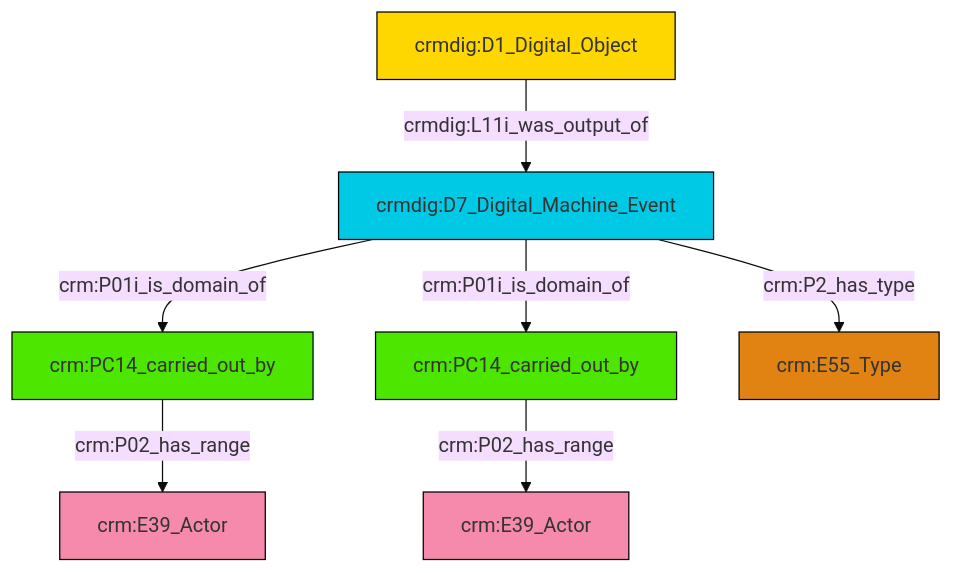
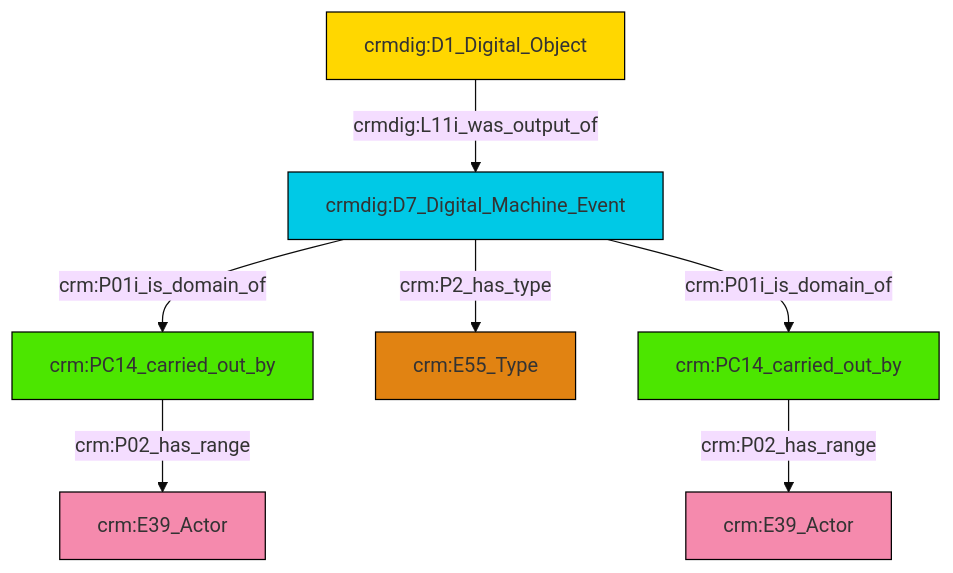
The diagram in et/doCSV/ttl/mmd/do_actor_relations.ttl.mmd (swiss-art-research-net/reference-data-models), drawn with Mermaid (base theme) before and after one commit. The commit also changed 154 other files, not shown here.

```diff
--- a/et/doCSV/ttl/mmd/do_actor_relations.ttl.mmd
+++ b/et/doCSV/ttl/mmd/do_actor_relations.ttl.mmd
@@ -1,21 +1,21 @@
 graph TD
 classDef Literal fill:#f2f2f2,stroke:#000000;
 classDef CRM_Entity fill:#FFFFFF,stroke:#000000;
 classDef Temporal_Entity fill:#00C9E6, stroke:#000000;
 classDef Type fill:#E18312, stroke:#000000;
 classDef Time-Span fill:#2C9C91, stroke:#000000;
 classDef Appellation fill:#FFEB7F, stroke:#000000;
 classDef Place fill:#008836, stroke:#000000;
 classDef Persistent_Item fill:#B266B2, stroke:#000000;
 classDef Conceptual_Object fill:#FFD700, stroke:#000000;
 classDef Physical_Thing fill:#D2B48C, stroke:#000000;
 classDef Actor fill:#f58aad, stroke:#000000;
 classDef PC_Classes fill:#4ce600, stroke:#000000;
 classDef Multi fill:#cccccc,stroke:#000000;
 
-0["crmdig:D7_Digital_Machine_Event"]:::Temporal_Entity -->|crm:P01i_is_domain_of| 1["crm:PC14_carried_out_by"]:::PC_Classes
-2["crm:PC14_carried_out_by"]:::PC_Classes -->|crm:P02_has_range| 5["crm:E39_Actor"]:::Actor
-6["crmdig:D1_Digital_Object"]:::Conceptual_Object -->|crmdig:L11i_was_output_of| 0["crmdig:D7_Digital_Machine_Event"]:::Temporal_Entity
-1["crm:PC14_carried_out_by"]:::PC_Classes -->|crm:P02_has_range| 8["crm:E39_Actor"]:::Actor
-0["crmdig:D7_Digital_Machine_Event"]:::Temporal_Entity -->|crm:P01i_is_domain_of| 2["crm:PC14_carried_out_by"]:::PC_Classes
-0["crmdig:D7_Digital_Machine_Event"]:::Temporal_Entity -->|crm:P2_has_type| 9["crm:E55_Type"]:::Type
+0["crmdig:D1_Digital_Object"]:::Conceptual_Object -->|crmdig:L11i_was_output_of| 1["crmdig:D7_Digital_Machine_Event"]:::Temporal_Entity
+1["crmdig:D7_Digital_Machine_Event"]:::Temporal_Entity -->|crm:P01i_is_domain_of| 2["crm:PC14_carried_out_by"]:::PC_Classes
+2["crm:PC14_carried_out_by"]:::PC_Classes -->|crm:P02_has_range| 4["crm:E39_Actor"]:::Actor
+1["crmdig:D7_Digital_Machine_Event"]:::Temporal_Entity -->|crm:P2_has_type| 5["crm:E55_Type"]:::Type
+1["crmdig:D7_Digital_Machine_Event"]:::Temporal_Entity -->|crm:P01i_is_domain_of| 9["crm:PC14_carried_out_by"]:::PC_Classes
+9["crm:PC14_carried_out_by"]:::PC_Classes -->|crm:P02_has_range| 10["crm:E39_Actor"]:::Actor
```
